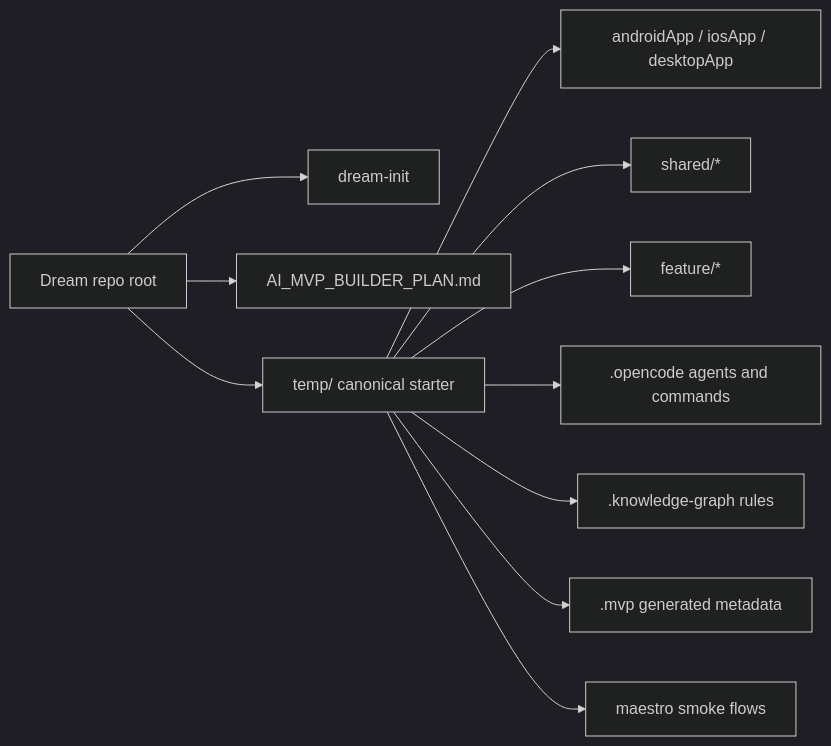
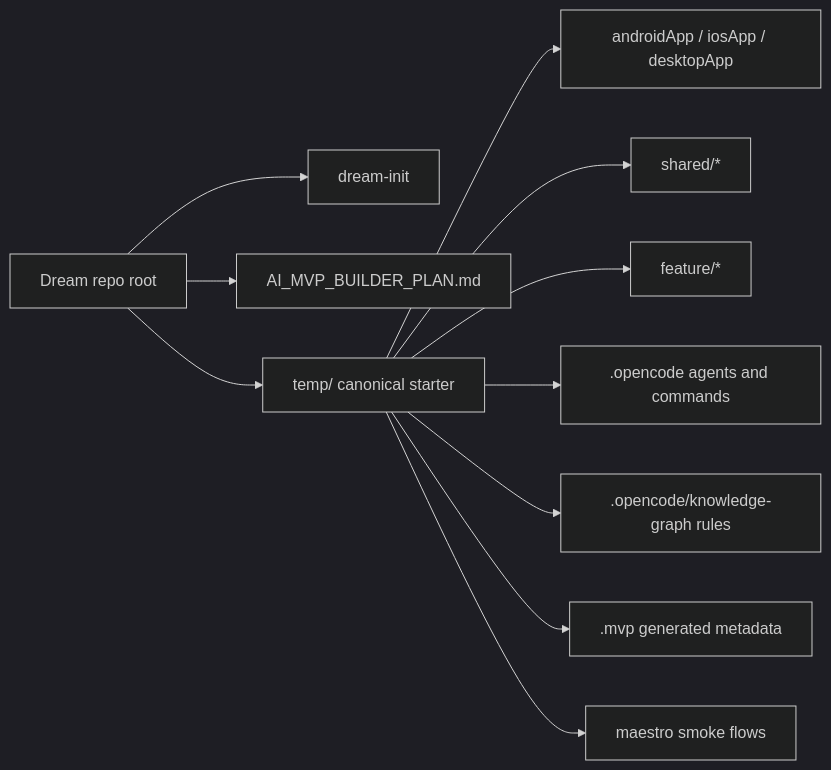
The second of 8 diagrams in ONBOARDING.md (Helmy2/Dream), drawn with Mermaid (dark theme) before and after one commit. The commit also changed other lines of this file and 60 other files, not shown here.

Commit message:
Move knowledge-graph and new-feature-checklist into .opencode/

````diff
--- a/ONBOARDING.md
+++ b/ONBOARDING.md
@@ -37,13 +37,13 @@
 ```mermaid
 flowchart LR
     Root[Dream repo root] --> Init[dream-init]
     Root --> Plan[AI_MVP_BUILDER_PLAN.md]
     Root --> Temp[temp/ canonical starter]
     Temp --> Apps[androidApp / iosApp / desktopApp]
     Temp --> Shared[shared/*]
     Temp --> Features[feature/*]
     Temp --> Agents[.opencode agents and commands]
-    Temp --> Graph[.knowledge-graph rules]
+    Temp --> Graph[.opencode/knowledge-graph rules]
     Temp --> MVP[.mvp generated metadata]
     Temp --> Maestro[maestro smoke flows]
 ```
````
